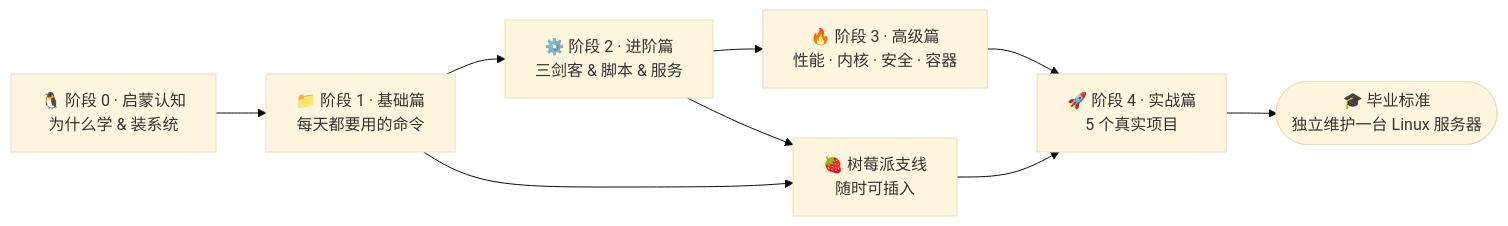
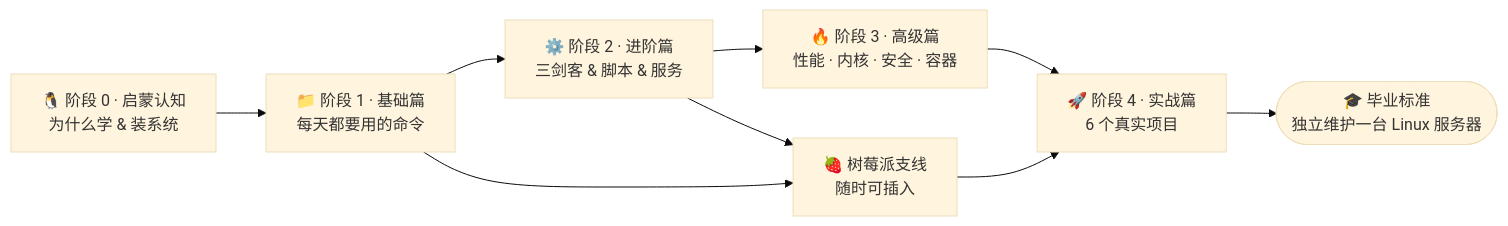
Before and after one commit to zhuguang-ZFG/linux: the diagram in README.md, drawn with Mermaid (base theme). The commit also changed other lines of this file and 19 other files, not shown here.

First line of the commit message:
feat(content): AI 结对排障落章 — ROADMAP AI 支线转正为项目 6

````diff
--- a/README.md
+++ b/README.md
@@ -58,11 +58,11 @@
 ```mermaid
 flowchart LR
     A["🐧 阶段 0 · 启蒙认知<br/>为什么学 & 装系统"] --> B["📁 阶段 1 · 基础篇<br/>每天都要用的命令"]
     B --> C["⚙️ 阶段 2 · 进阶篇<br/>三剑客 & 脚本 & 服务"]
     C --> D["🔥 阶段 3 · 高级篇<br/>性能 · 内核 · 安全 · 容器"]
-    D --> E["🚀 阶段 4 · 实战篇<br/>5 个真实项目"]
+    D --> E["🚀 阶段 4 · 实战篇<br/>6 个真实项目"]
     B --> P["🍓 树莓派支线<br/>随时可插入"]
     C --> P
     P --> E
     E --> F(["🎓 毕业标准<br/>独立维护一台 Linux 服务器"])
 ```
````
